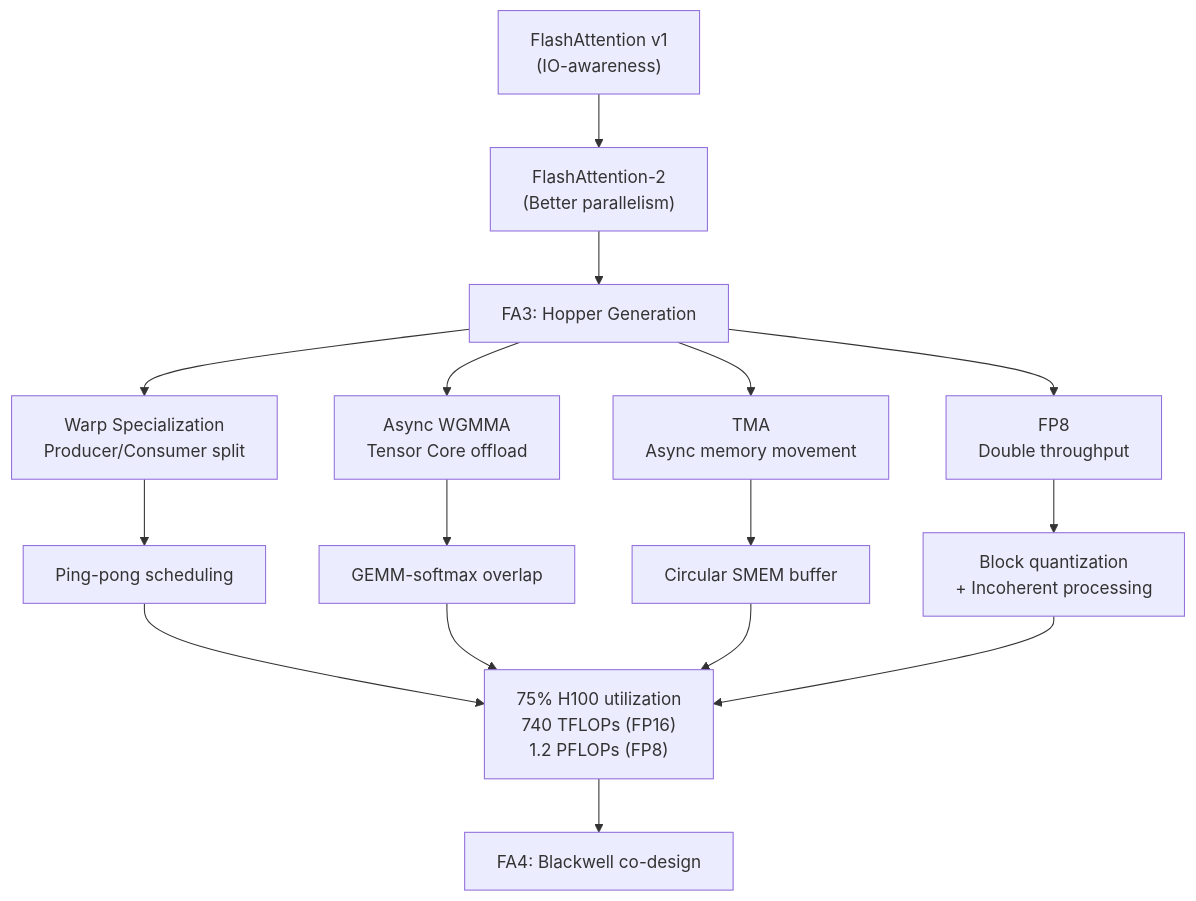
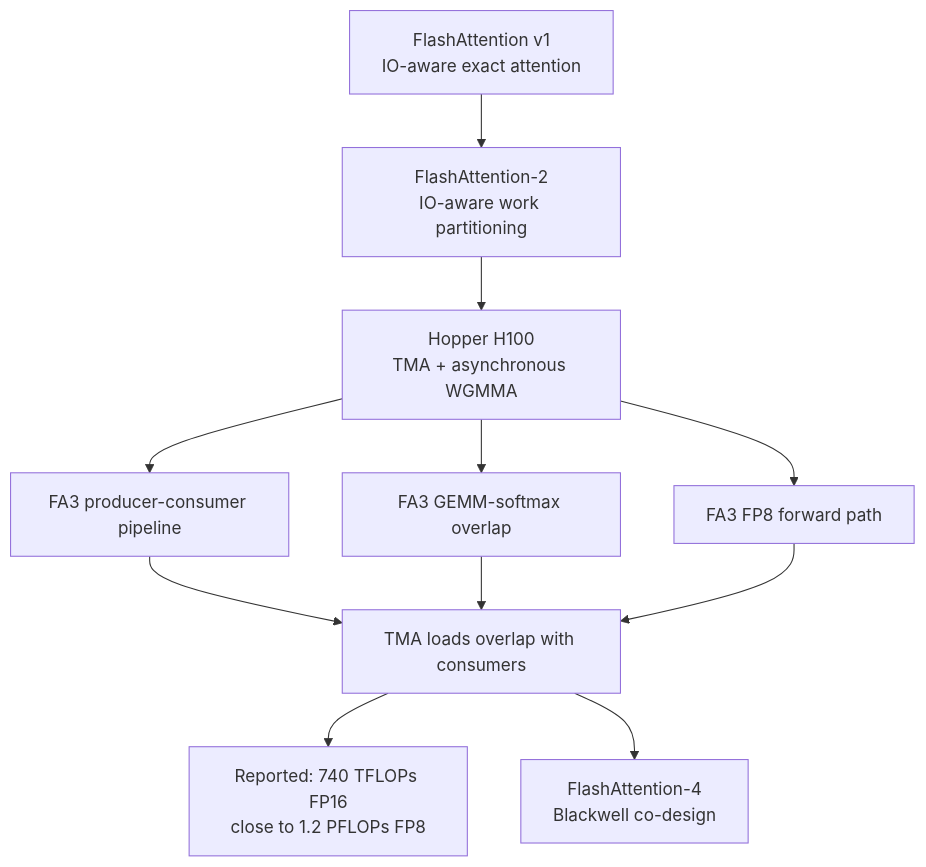
Before and after one commit to zhongzhouTan-coder/zhongzhouTan-coder.github.io: the diagram in docs/algorithms/flashattention/flashattention-3.md, drawn with Mermaid. The commit also changed other lines of this file and 10 other files, not shown here.

Commit message:
[docs] update the flash attention docs

````diff
--- a/docs/algorithms/flashattention/flashattention-3.md
+++ b/docs/algorithms/flashattention/flashattention-3.md
@@ -71,22 +52,13 @@
 ```mermaid
 flowchart TD
-    A["FlashAttention v1<br/>(IO-awareness)"] --> B["FlashAttention-2<br/>(Better parallelism)"]
-    B --> C["FA3: Hopper Generation"]
-
-    C --> D1["Warp Specialization<br/>Producer/Consumer split"]
-    C --> D2["Async WGMMA<br/>Tensor Core offload"]
-    C --> D3["TMA<br/>Async memory movement"]
-    C --> D4["FP8<br/>Double throughput"]
-
-    D1 --> E1["Ping-pong scheduling"]
-    D2 --> E2["GEMM-softmax overlap"]
-    D3 --> E3["Circular SMEM buffer"]
-    D4 --> E4["Block quantization<br/>+ Incoherent processing"]
-
-    E1 --> F["75% H100 utilization<br/>740 TFLOPs (FP16)<br/>1.2 PFLOPs (FP8)"]
-    E2 --> F
-    E3 --> F
-    E4 --> F
-
-    F --> G["FA4: Blackwell co-design"]
+    FA1["FlashAttention v1<br/>IO-aware exact attention"] --> FA2["FlashAttention-2<br/>IO-aware work partitioning"]
+    FA2 --> H["Hopper H100<br/>TMA + asynchronous WGMMA"]
+    H --> P["FA3 producer-consumer pipeline"]
+    H --> S["FA3 GEMM-softmax overlap"]
+    H --> F["FA3 FP8 forward path"]
+    P --> R["TMA loads overlap with consumers"]
+    S --> R
+    F --> R
+    R --> OUT["Reported: 740 TFLOPs FP16<br/>close to 1.2 PFLOPs FP8"]
+    R --> FA4["FlashAttention-4<br/>Blackwell co-design"]
 ```
````
